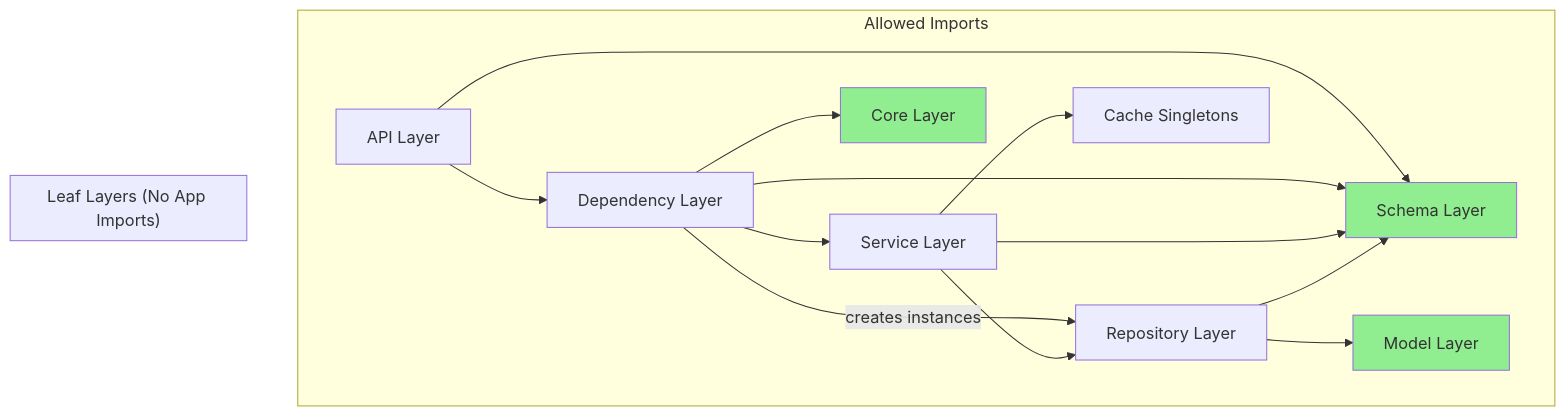
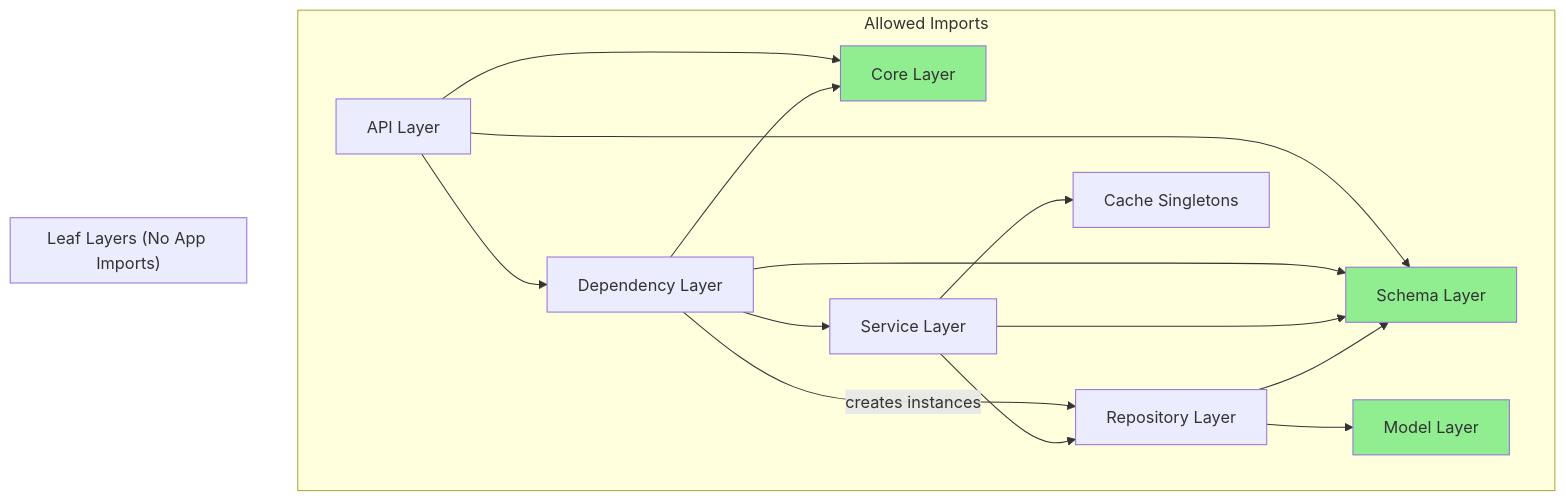
Before and after one commit to eslam5464/Fastapi-Template: the fourth of 8 diagrams in docs/backend-architecture.md, drawn with Mermaid. The commit also changed other lines of this file, not shown here.

Commit message:
Update backend architecture documentation and refactor session management: Add Middleware Layer section, replace get_db with get_session, and enhance repository methods for bulk updates and deletions.

````diff
--- a/docs/backend-architecture.md
+++ b/docs/backend-architecture.md
@@ -1393,26 +1490,27 @@
 ```mermaid
 flowchart TD
     subgraph "Allowed Imports"
         API[API Layer] --> Deps[Dependency Layer]
         API --> Schemas
+        API --> Core
         Deps --> Services[Service Layer]
         Deps -->|creates instances| Repos[Repository Layer]
         Deps --> Core
         Deps --> Schemas
         Services --> Repos
         Services --> Schemas
         Services --> Cache[Cache Singletons]
         Repos --> Models[Model Layer]
         Repos --> Schemas
     end
 
     subgraph "Leaf Layers (No App Imports)"
         Core[Core Layer]
         Schemas[Schema Layer]
         Models
     end
 
     style Core fill:#90EE90
     style Schemas fill:#90EE90
     style Models fill:#90EE90
 ```
````
